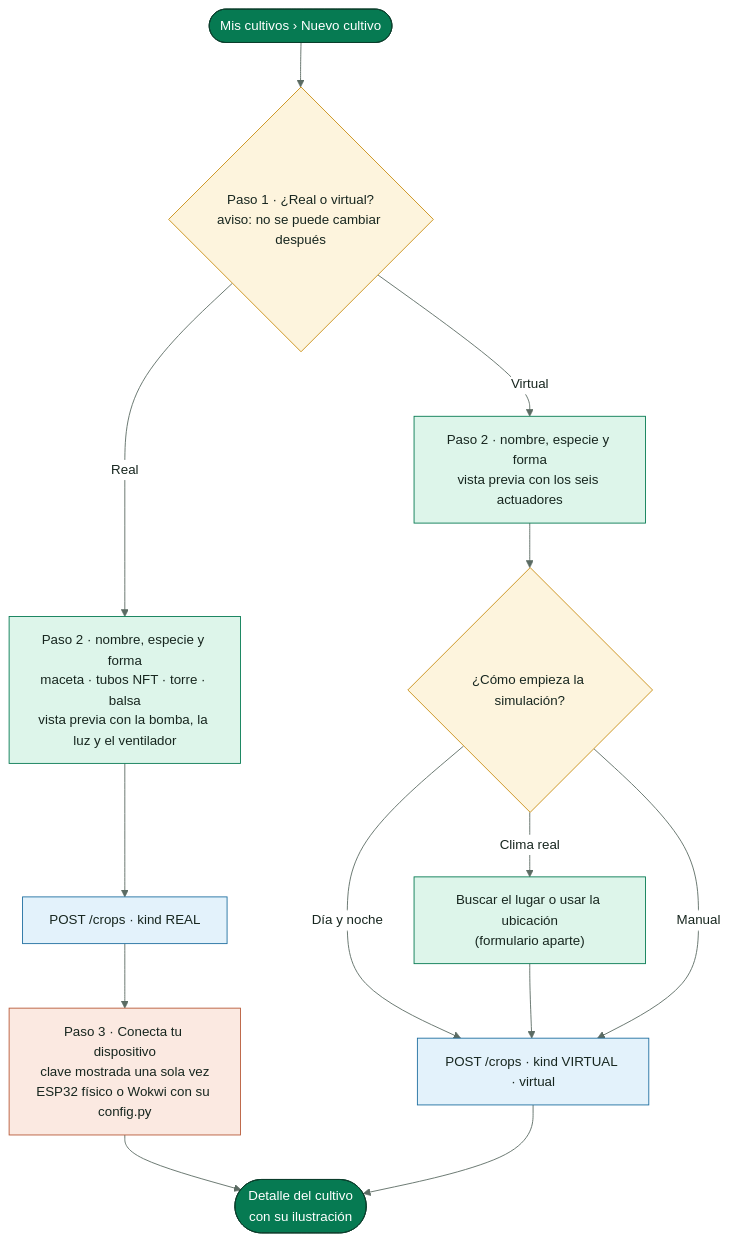
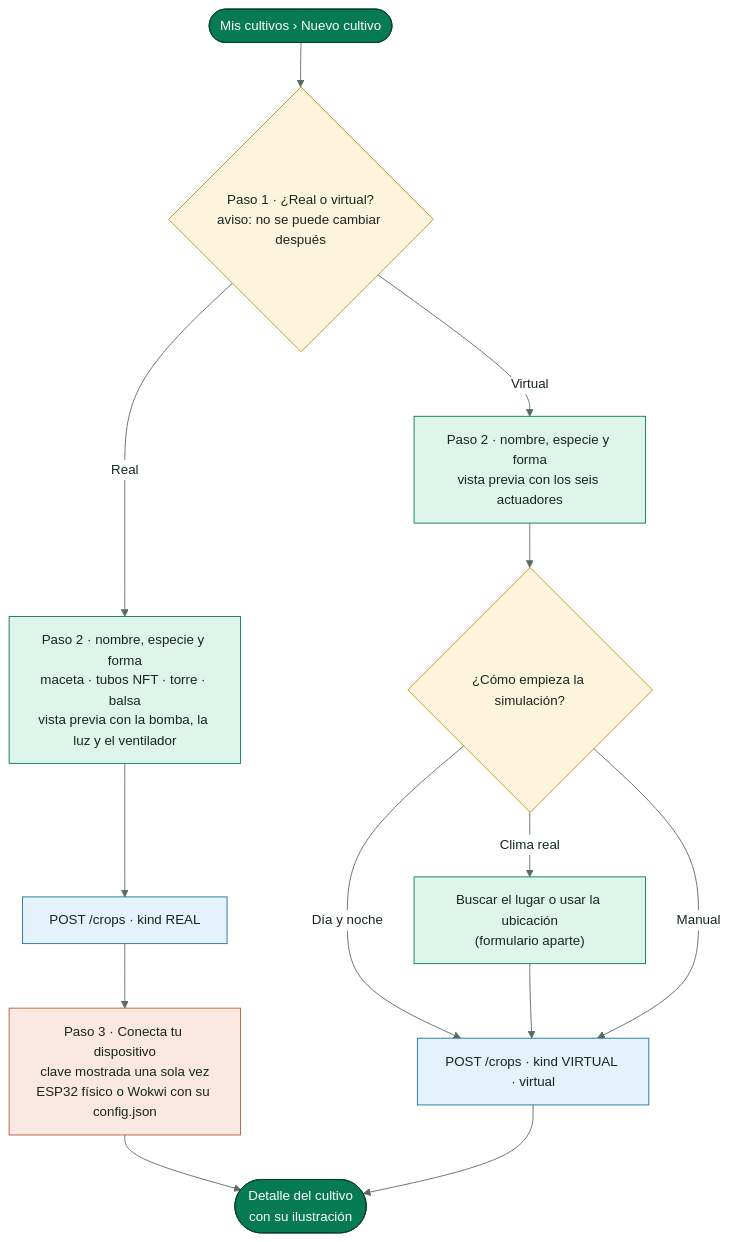
One commit to SmartPotTech/SmartPot-Web changed the second of 4 diagrams in docs/SmartPot_Web_Solid_Documentation.md. Above: the diagram before and after it, drawn with Mermaid. The commit also changed other lines of this file and 5 other files, not shown here.

First line of the commit message:
Document the config.json connection guide

````diff
--- a/docs/SmartPot_Web_Solid_Documentation.md
+++ b/docs/SmartPot_Web_Solid_Documentation.md
@@ -181,27 +181,27 @@
 ```mermaid
 %%{init: {"theme": "base", "fontFamily": "Segoe UI, Arial, sans-serif", "themeVariables": {"fontFamily": "Segoe UI, Arial, sans-serif", "fontSize": "15px", "primaryColor": "#DDF5EA", "primaryTextColor": "#17261F", "primaryBorderColor": "#067A52", "secondaryColor": "#E3F2FB", "secondaryTextColor": "#17261F", "secondaryBorderColor": "#1F6FA0", "tertiaryColor": "#F2F7F4", "tertiaryTextColor": "#17261F", "tertiaryBorderColor": "#D5E3DC", "lineColor": "#5B6B63", "textColor": "#17261F", "mainBkg": "#DDF5EA", "nodeBorder": "#067A52", "clusterBkg": "#F7FAF8", "clusterBorder": "#D5E3DC", "edgeLabelBackground": "#FFFFFF", "actorBkg": "#067A52", "actorBorder": "#0B3D2B", "actorTextColor": "#FFFFFF", "actorLineColor": "#5B6B63", "signalColor": "#17261F", "signalTextColor": "#17261F", "labelBoxBkgColor": "#0B3D2B", "labelBoxBorderColor": "#0B3D2B", "labelTextColor": "#FFFFFF", "loopTextColor": "#0B3D2B", "noteBkgColor": "#FDF4DD", "noteBorderColor": "#C98D12", "noteTextColor": "#17261F", "activationBkgColor": "#DDF5EA", "activationBorderColor": "#067A52", "attributeBackgroundColorOdd": "#FFFFFF", "attributeBackgroundColorEven": "#F2F7F4"}}}%%
 flowchart TB
   start(["Mis cultivos › Nuevo cultivo"]) --> kind{"Paso 1 · ¿Real o virtual?<br/>aviso: no se puede cambiar después"}
   kind -->|"Real"| details["Paso 2 · nombre, especie y forma<br/>maceta · tubos NFT · torre · balsa<br/>vista previa con la bomba, la luz y el ventilador"]
   kind -->|"Virtual"| detailsv["Paso 2 · nombre, especie y forma<br/>vista previa con los seis actuadores"]
   detailsv --> mode{"¿Cómo empieza la simulación?"}
   mode -->|"Día y noche"| postv
   mode -->|"Clima real"| place["Buscar el lugar o usar la ubicación<br/>(formulario aparte)"] --> postv
   mode -->|"Manual"| postv["POST /crops · kind VIRTUAL · virtual"]
   details --> post["POST /crops · kind REAL"]
-  post --> guide["Paso 3 · Conecta tu dispositivo<br/>clave mostrada una sola vez<br/>ESP32 físico o Wokwi con su config.py"]
+  post --> guide["Paso 3 · Conecta tu dispositivo<br/>clave mostrada una sola vez<br/>ESP32 físico o Wokwi con su config.json"]
   guide --> live(["Detalle del cultivo<br/>con su ilustración"])
   postv --> live
   classDef leaf fill:#DDF5EA,stroke:#067A52,color:#17261F
   classDef water fill:#E3F2FB,stroke:#1F6FA0,color:#17261F
   classDef sun fill:#FDF4DD,stroke:#C98D12,color:#17261F
   classDef clay fill:#FBE9E1,stroke:#B85A38,color:#17261F
   classDef core fill:#067A52,stroke:#0B3D2B,color:#FFFFFF
   classDef deep fill:#0B3D2B,stroke:#06281C,color:#FFFFFF
   classDef muted fill:#F2F7F4,stroke:#5B6B63,color:#17261F
   class start,live core
   class kind,mode sun
   class details,detailsv,place leaf
   class post,postv water
   class guide clay
 ```
````
